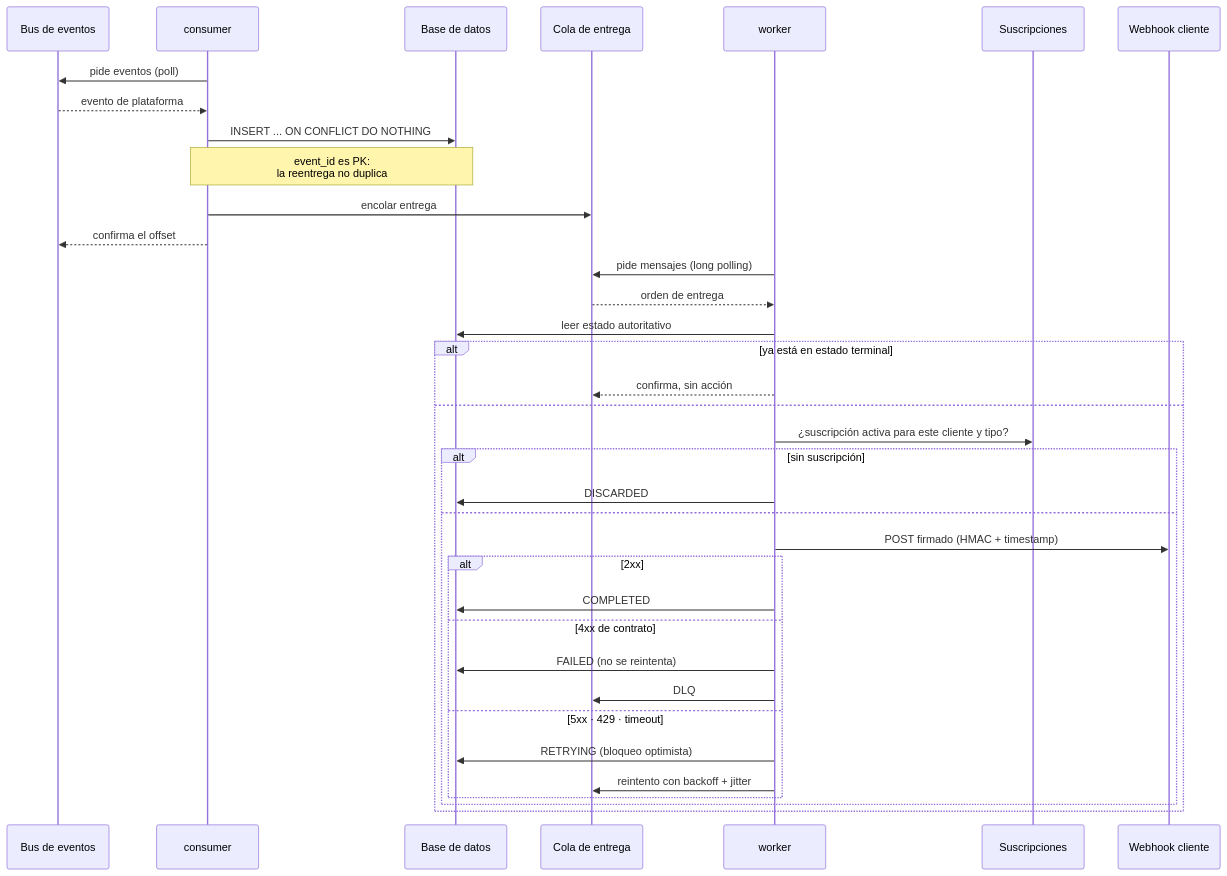
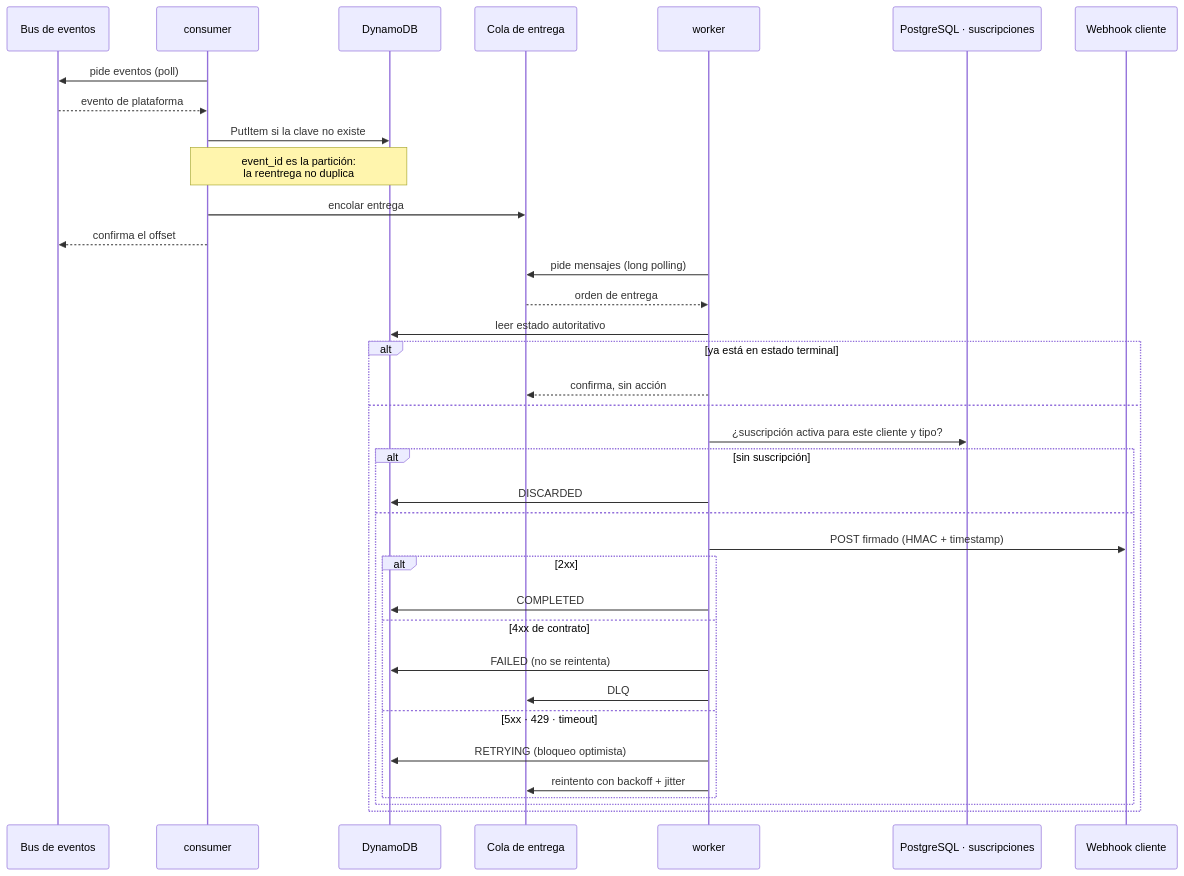
The fourth of 7 diagrams in docs/01-diseno-del-sistema.md (ssalaza7/cobre-notification-delivery), drawn with Mermaid before and after one commit. The commit also changed other lines of this file and 4 other files, not shown here.

First line of the commit message:
docs: los diagramas y la documentacion reflejan los dos almacenes

````diff
--- a/docs/01-diseno-del-sistema.md
+++ b/docs/01-diseno-del-sistema.md
@@ -196,40 +199,40 @@
 ```mermaid
 sequenceDiagram
     participant K as Bus de eventos
     participant CON as consumer
-    participant DB as Base de datos
+    participant DB as DynamoDB
     participant Q as Cola de entrega
     participant W as worker
-    participant S as Suscripciones
+    participant S as PostgreSQL · suscripciones
     participant H as Webhook cliente
 
     CON->>K: pide eventos (poll)
     K-->>CON: evento de plataforma
-    CON->>DB: INSERT ... ON CONFLICT DO NOTHING
-    Note over CON,DB: event_id es PK:<br/>la reentrega no duplica
+    CON->>DB: PutItem si la clave no existe
+    Note over CON,DB: event_id es la partición:<br/>la reentrega no duplica
     CON->>Q: encolar entrega
     CON-->>K: confirma el offset
 
     W->>Q: pide mensajes (long polling)
     Q-->>W: orden de entrega
     W->>DB: leer estado autoritativo
     alt ya está en estado terminal
         W-->>Q: confirma, sin acción
     else
         W->>S: ¿suscripción activa para este cliente y tipo?
         alt sin suscripción
             W->>DB: DISCARDED
         else
             W->>H: POST firmado (HMAC + timestamp)
             alt 2xx
                 W->>DB: COMPLETED
             else 4xx de contrato
                 W->>DB: FAILED (no se reintenta)
                 W->>Q: DLQ
             else 5xx · 429 · timeout
                 W->>DB: RETRYING (bloqueo optimista)
                 W->>Q: reintento con backoff + jitter
             end
         end
     end
 ```
````
